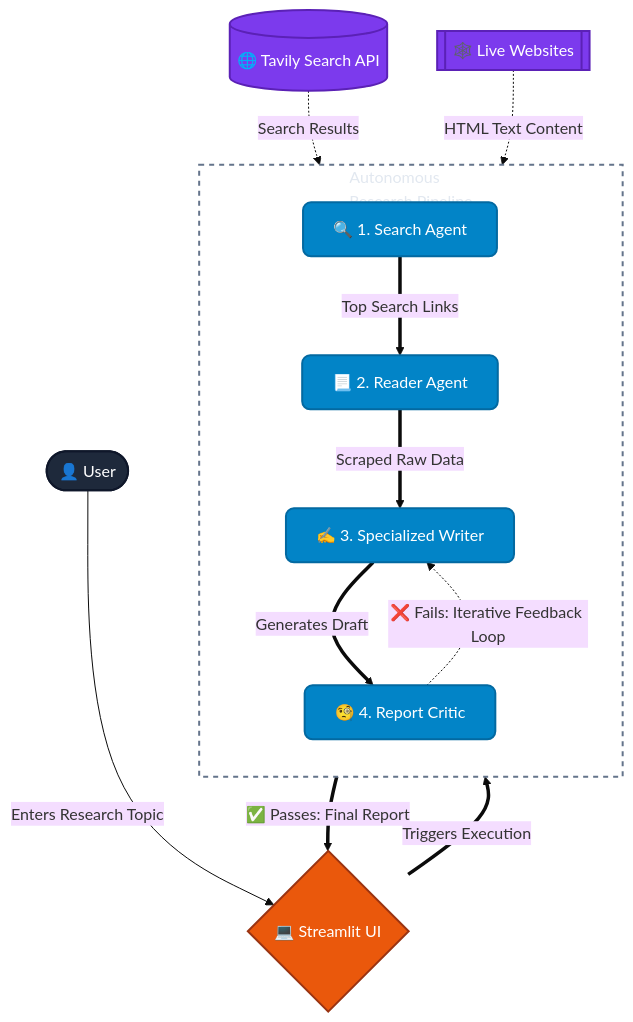
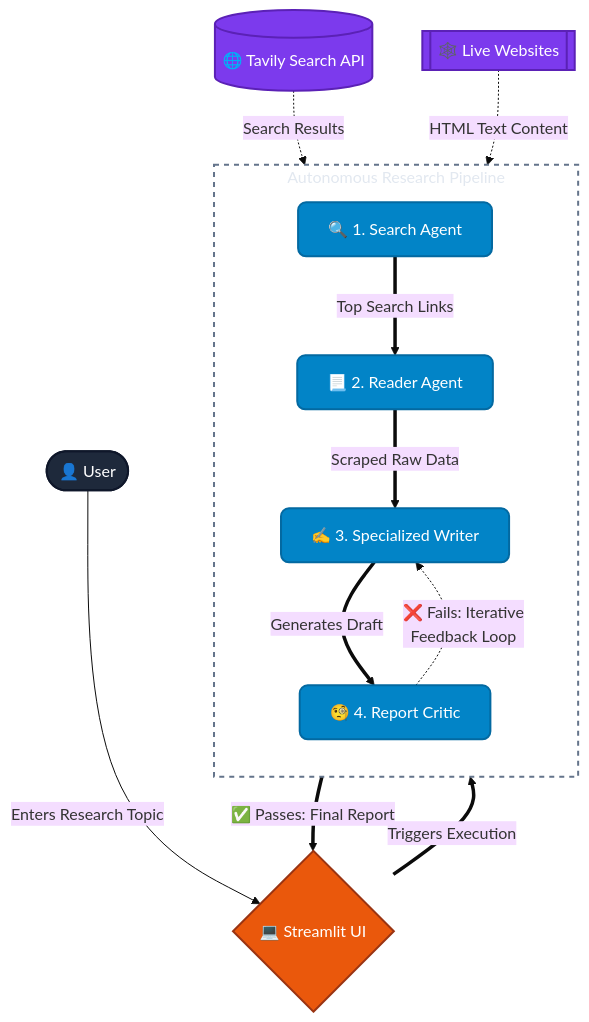
The diagram in README.md (Uday-1001/Research-Mind), drawn with Mermaid (base theme) before and after one commit. The commit also changed other lines of this file and 5 other files, not shown here.

````diff
--- a/README.md
+++ b/README.md
@@ -21,42 +21,42 @@
 ```mermaid
 flowchart TD
     classDef user fill:#1e293b,stroke:#0f172a,stroke-width:2px,color:#fff,rx:20,ry:20
     classDef ui fill:#ea580c,stroke:#9a3412,stroke-width:2px,color:#fff,rx:10,ry:10
     classDef agent fill:#0284c7,stroke:#0369a1,stroke-width:2px,color:#fff,rx:8,ry:8
     classDef integration fill:#7c3aed,stroke:#5b21b6,stroke-width:2px,color:#fff
     classDef container fill:none,stroke:#64748b,stroke-width:2px,stroke-dasharray: 5 5,color:#e2e8f0
     
     User([👤 User]) -->|Enters Research Topic| UI{💻 Streamlit UI}
     
-    subgraph MultiAgentPipeline[Autonomous<br/>Research Pipeline]
+    subgraph MultiAgentPipeline[Autonomous Research Pipeline]
         direction TB
         
         Search[🔍 1. Search Agent] 
         Reader[📃 2. Reader Agent]
         Writer[✍️ 3. Specialized Writer]
         Critic[🧐 4. Report Critic]
         
         Search ==>|Top Search Links| Reader
         Reader ==>|Scraped Raw Data| Writer
         Writer ==>|Generates Draft| Critic
         
-        Critic -.->|❌ Fails: Iterative Feedback Loop| Writer
+        Critic -.->|❌ Fails: Iterative</br>Feedback Loop| Writer
     end
     
     UI ==>|Triggers Execution| Search
     Critic ==>|✅ Passes: Final Report| UI
     
     %% Integrations
     Tavily[(🌐 Tavily Search API)]
     Sites[[🕸️ Live Websites]]
     
     Tavily -.->|Search Results| Search
     Sites -.->|HTML Text Content| Reader
 
     %% Apply Classes
     class User user
     class UI ui
     class Search,Reader,Writer,Critic agent
     class Tavily,Sites integration
     class MultiAgentPipeline container
 ```
````
